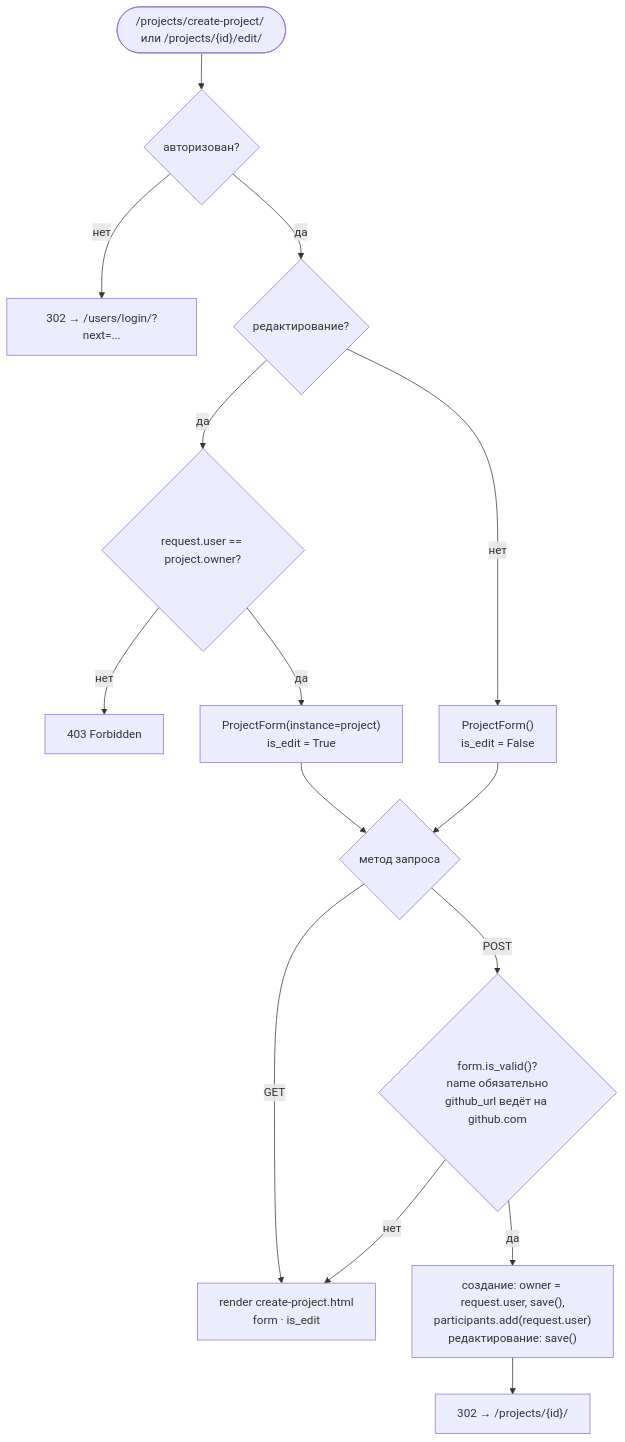
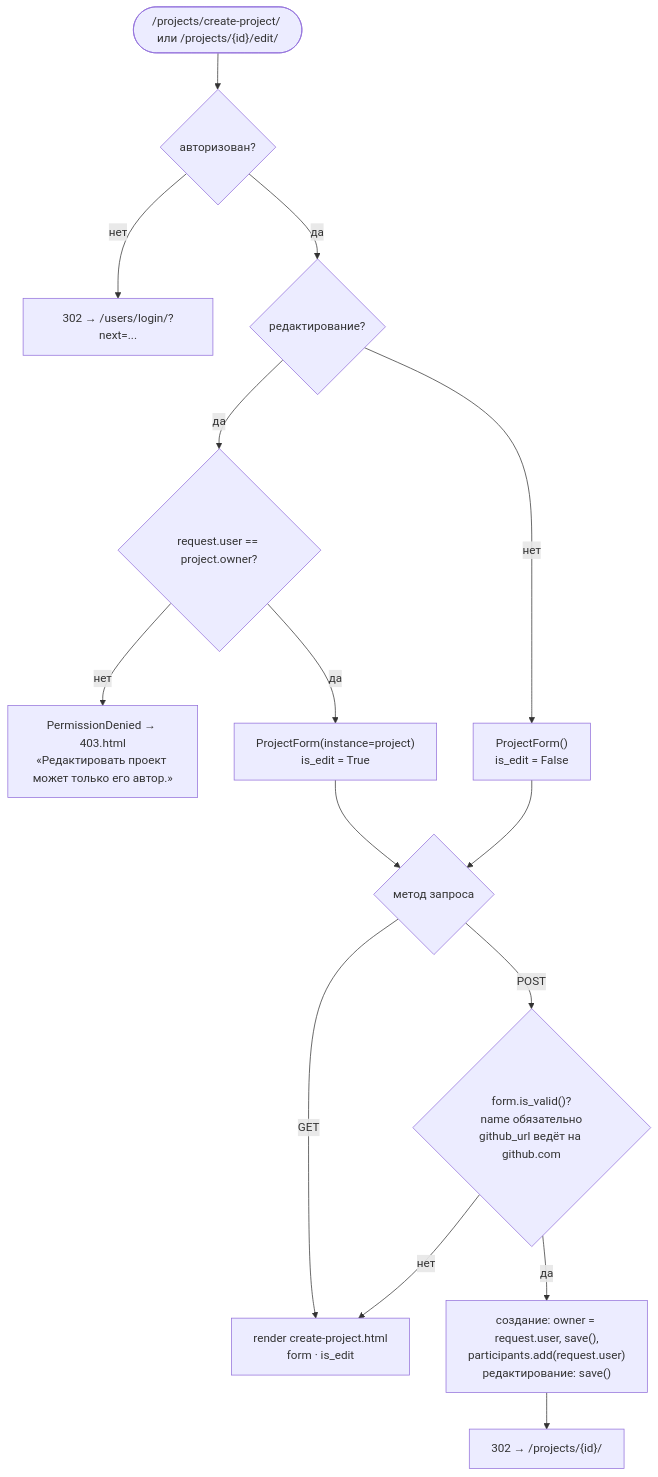
Before and after one commit to g3eraa/team-finder-ad: diagram 19 of 24 in ARCHITECTURE.md, drawn with Mermaid. The commit also changed other lines of this file and 53 other files, not shown here.

````diff
--- a/ARCHITECTURE.md
+++ b/ARCHITECTURE.md
@@ -736,16 +767,16 @@
 ```mermaid
 flowchart TD
     S(["/projects/create-project/ или /projects/{id}/edit/"]) --> AUTH{"авторизован?"}
     AUTH -- "нет" --> LOGIN["302 → /users/login/?next=..."]
     AUTH -- "да" --> MODE{"редактирование?"}
     MODE -- "да" --> OWN{"request.user == project.owner?"}
-    OWN -- "нет" --> F403["403 Forbidden"]
+    OWN -- "нет" --> F403["PermissionDenied → 403.html<br/>«Редактировать проект может только его автор.»"]
     OWN -- "да" --> FE["ProjectForm(instance=project)<br/>is_edit = True"]
     MODE -- "нет" --> FC["ProjectForm()<br/>is_edit = False"]
     FE & FC --> METH{"метод запроса"}
     METH -- "GET" --> RENDER["render create-project.html<br/>form · is_edit"]
     METH -- "POST" --> VALID{"form.is_valid()?<br/>name обязательно<br/>github_url ведёт на github.com"}
     VALID -- "нет" --> RENDER
     VALID -- "да" --> SAVE["создание: owner = request.user, save(),<br/>participants.add(request.user)<br/>редактирование: save()"]
     SAVE --> RED["302 → /projects/{id}/"]
 ```
````
